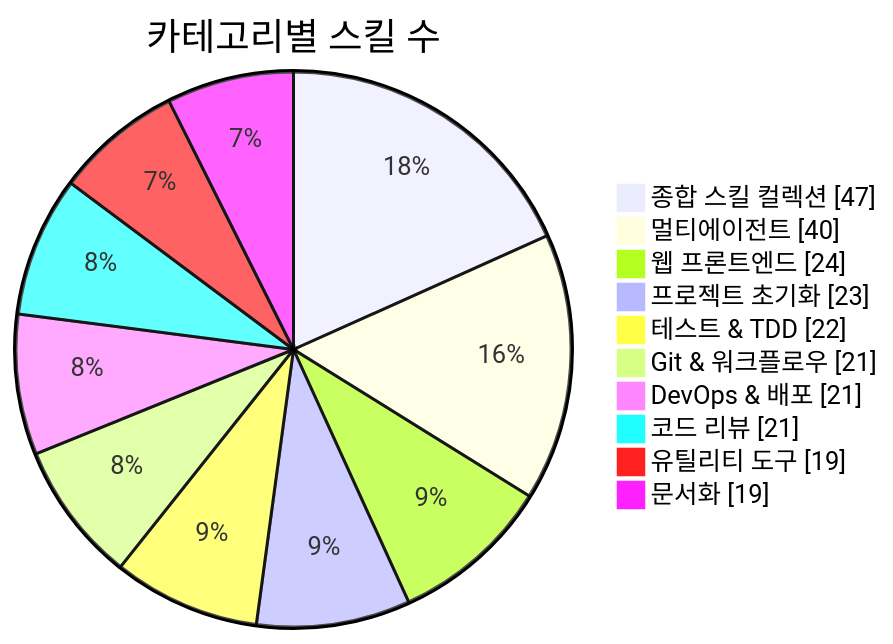
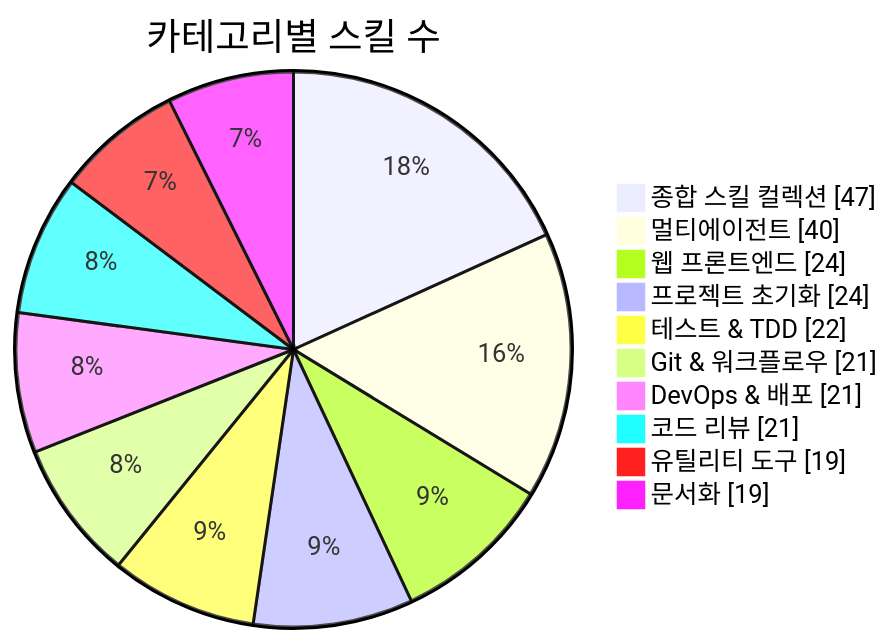
The first of 3 diagrams in README.md (J-nowcow/awesome-korean-agent-skills), drawn with Mermaid before and after one commit. The commit also changed other lines of this file and 4 other files, not shown here.

````diff
--- a/README.md
+++ b/README.md
@@ -176,14 +176,14 @@
 ```mermaid
 pie showData
     title 카테고리별 스킬 수
     "종합 스킬 컬렉션" : 47
     "멀티에이전트" : 40
     "웹 프론트엔드" : 24
-    "프로젝트 초기화" : 23
+    "프로젝트 초기화" : 24
     "테스트 & TDD" : 22
     "Git & 워크플로우" : 21
     "DevOps & 배포" : 21
     "코드 리뷰" : 21
     "유틸리티 도구" : 19
     "문서화" : 19
 ```
````
